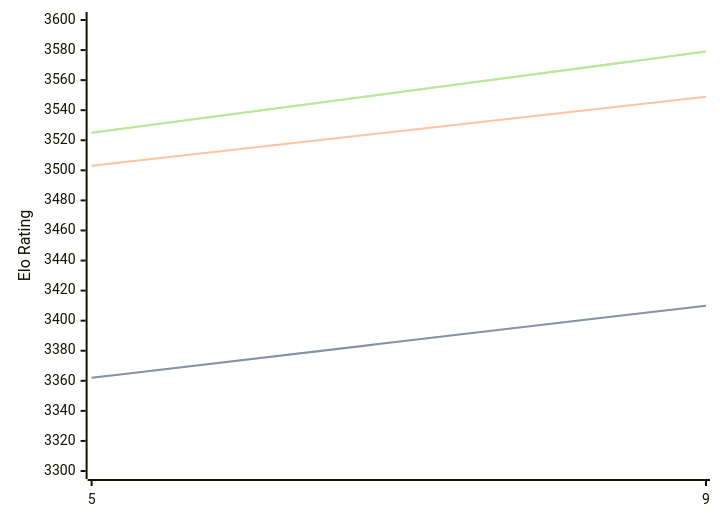
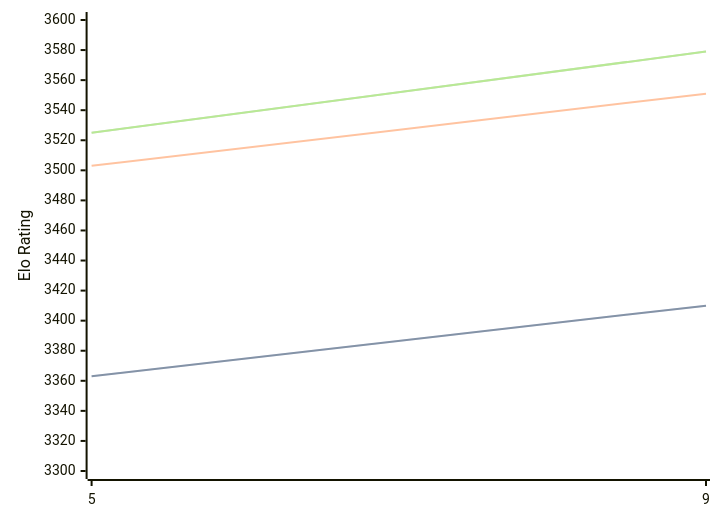
Before and after one commit to computer-chess-index/cci: the third of 3 diagrams in engines/Crystal.md, drawn with Mermaid. The commit also changed other lines of this file, not shown here.

````diff
--- a/engines/Crystal.md
+++ b/engines/Crystal.md
@@ -93,11 +93,11 @@
 ```mermaid
 %%{init: {"theme":"base","themeVariables":{"seriesColors:['#a3a3a3','#222221','#faa371']}}}%%
 xychart-beta
   x-axis ["5", "9"]
   y-axis "Elo Rating" 3300 --> 3600
-  line "STC (8.0+0.08s)" [3362, 3410]
-  line "STC (8.0+0.08s)" [3362, 3410]
-  line "LTC (60.0+0.60s)" [3503, 3549]
+  line "STC (8.0+0.08s)" [3363, 3410]
+  line "STC (8.0+0.08s)" [3363, 3410]
+  line "LTC (60.0+0.60s)" [3503, 3551]
   line "VLTC (2m24s+1.12s)" [3525, 3579]
   line "VLTC (2m24s+1.12s)" [3525, 3579]
 ```
````
